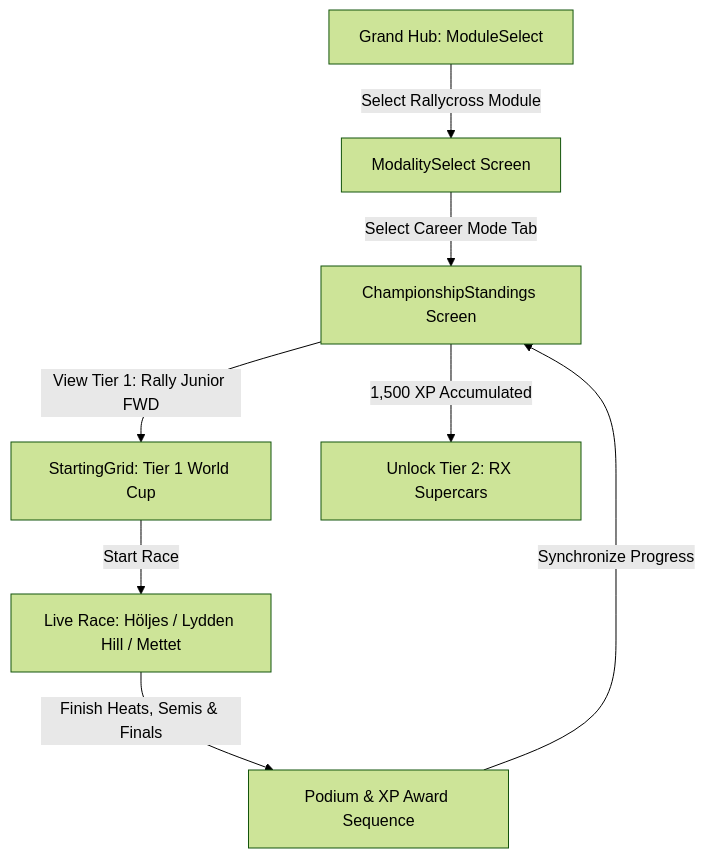
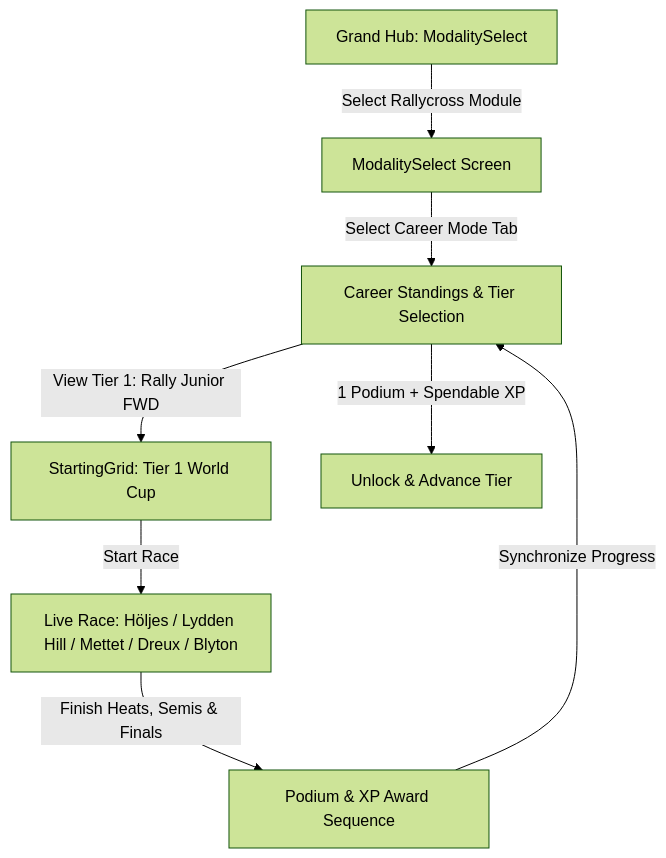
One commit to magomar/tdrace changed the diagram in specs/002_rallycross_and_allterrain_career_mode.md. Above: the diagram before and after it, drawn with Mermaid (forest theme). The commit also changed other lines of this file and 3 other files, not shown here.

Commit message:
feat(nascar): preserve championship tier in start_nascar_career_tier

````diff
--- a/specs/002_rallycross_and_allterrain_career_mode.md
+++ b/specs/002_rallycross_and_allterrain_career_mode.md
@@ -21,10 +21,10 @@
 ```mermaid
 flowchart TD
-    A[Grand Hub: ModuleSelect] -->|Select Rallycross Module| B[ModalitySelect Screen]
-    B -->|Select Career Mode Tab| C[ChampionshipStandings Screen]
+    A[Grand Hub: ModalitySelect] -->|Select Rallycross Module| B[ModalitySelect Screen]
+    B -->|Select Career Mode Tab| C[Career Standings & Tier Selection]
     C -->|View Tier 1: Rally Junior FWD| D[StartingGrid: Tier 1 World Cup]
-    D -->|Start Race| E[Live Race: Höljes / Lydden Hill / Mettet]
+    D -->|Start Race| E[Live Race: Höljes / Lydden Hill / Mettet / Dreux / Blyton]
     E -->|Finish Heats, Semis & Finals| F[Podium & XP Award Sequence]
     F -->|Synchronize Progress| C
-    C -->|1,500 XP Accumulated| G[Unlock Tier 2: RX Supercars]
+    C -->|1 Podium + Spendable XP| G[Unlock & Advance Tier]
 ```
````
